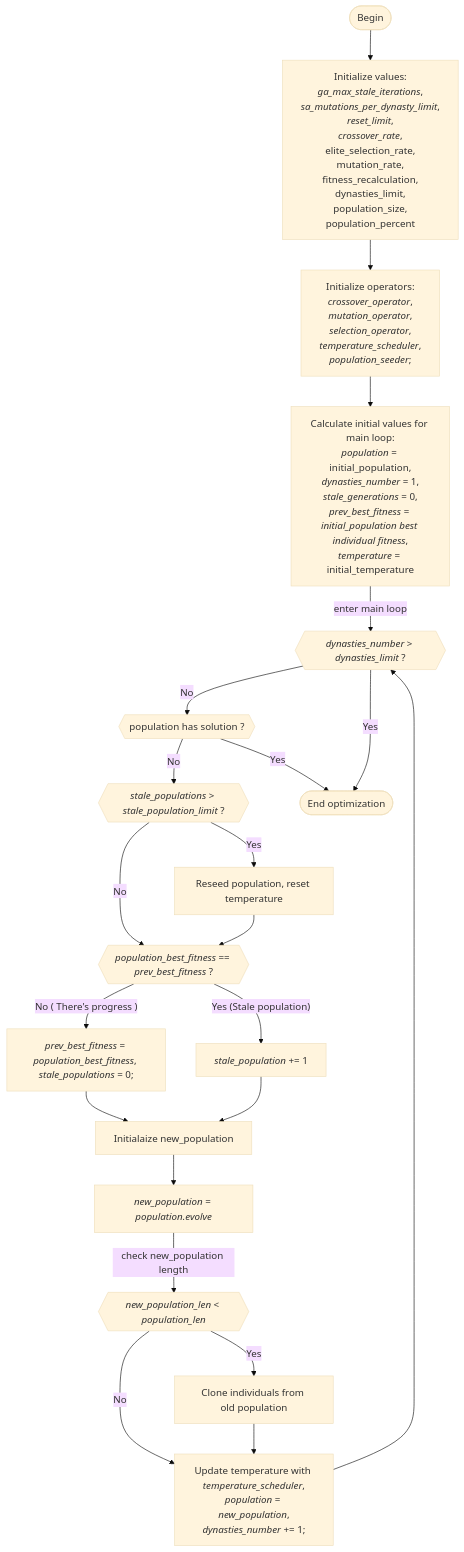
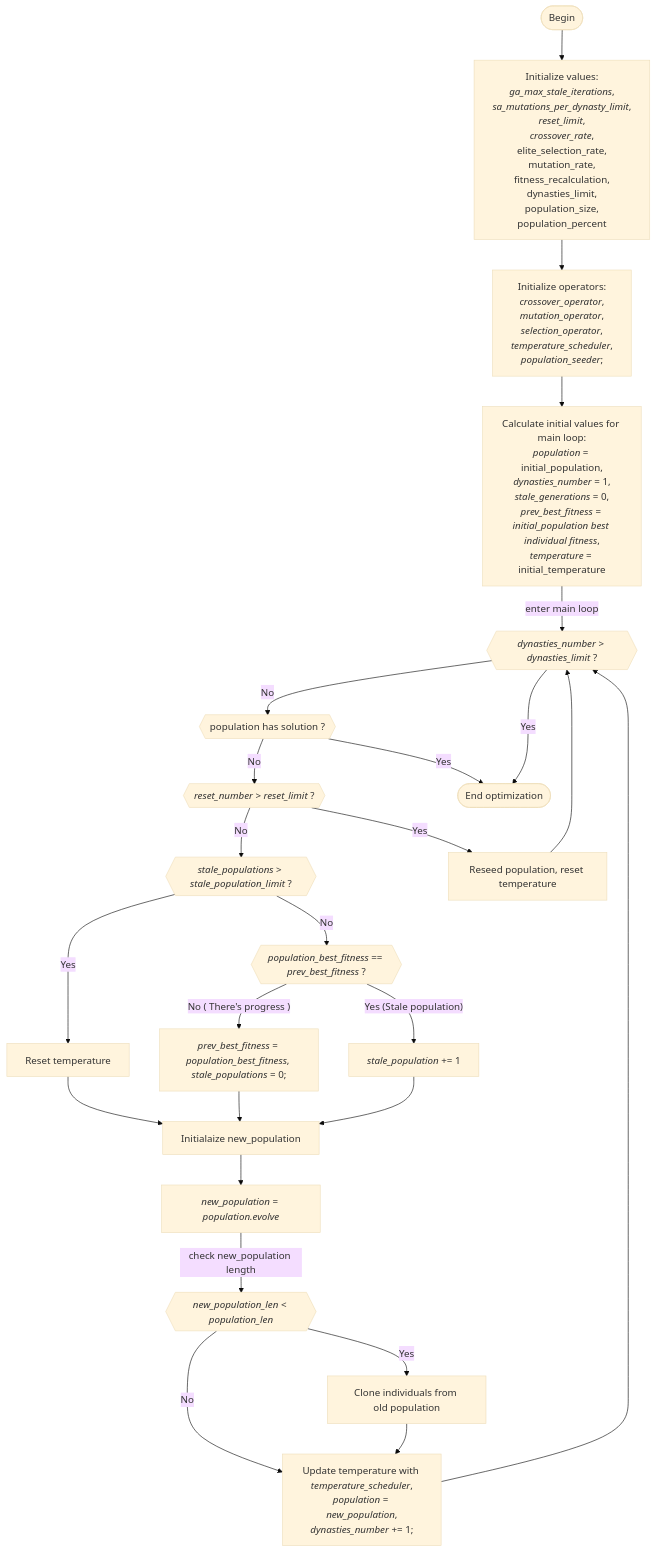
Before and after one commit to Wandalen/wTools: the diagram in module/move/optimization_tools/src/optimization/diagram.md, drawn with Mermaid (base theme). The commit also changed 4 other files, not shown here.

````diff
--- a/module/move/optimization_tools/src/optimization/diagram.md
+++ b/module/move/optimization_tools/src/optimization/diagram.md
@@ -1,52 +1,55 @@
 ```mermaid
 flowchart TB
     id1([Begin])
     -->
     id2["`Initialize values:
       *ga_max_stale_iterations*,
       *sa_mutations_per_dynasty_limit*,
       *reset_limit*,
       *crossover_rate*,
       elite_selection_rate,
       mutation_rate,
       fitness_recalculation,
       dynasties_limit,
       population_size,
       population_percent`"]
     -->
     id3["`Initialize operators:
       *crossover_operator*,
       *mutation_operator*,
       *selection_operator*,
       *temperature_scheduler*,
       *population_seeder*;`"]
     -->
     id4["`Calculate initial values for main loop:
         *population* = initial_population,
         *dynasties_number* = 1,
         *stale_generations* = 0,
         *prev_best_fitness = initial_population best individual fitness*,
         *temperature* = initial_temperature`"]
     -- enter main loop -->
     id5{{"`*dynasties_number* > *dynasties_limit* ?`"}}
     id5 -->|No| id6{{ population has solution ? }}
-    id6 -->|No| id7{{"`*stale_populations* > *stale_population_limit* ?`"}}
-    id7 -->|No| id8{{"`*population_best_fitness* == *prev_best_fitness* ?`"}}
-    id7 -->|Yes| id9[ Reseed population, reset temperature ]
-    id9 --> id8
-    id8 -->|"No ( There's progress ) "| id10["`*prev_best_fitness* = *population_best_fitness*, *stale_populations* = 0;`"]
-    id8 -->|"Yes (Stale population) "| id11["`*stale_population* += 1`"]
-    id10 --> id12[ Initialaize new_population ]
+    id6 -->|No| id17{{"`*reset_number* > *reset_limit* ?`"}}
+    id17 -->|No| id8{{"`*stale_populations* > *stale_population_limit* ?`"}}
+    id17 -->|Yes| id9[ Reseed population, reset temperature ]
+    id8 -->|No| id18{{"`*population_best_fitness* == *prev_best_fitness* ?`"}}
+    id8 -->|Yes| id19[ Reset temperature ]
+    id19 --> id12[ Initialaize new_population ]
+    id18 -->|"No ( There's progress ) "| id10["`*prev_best_fitness* = *population_best_fitness*, *stale_populations* = 0;`"]
+    id18 -->|"Yes (Stale population) "| id11["`*stale_population* += 1`"]
+    id10 --> id12
     id11 --> id12
     id12 --> id13["`*new_population* = *population.evolve*`"]
     id13 -->|check new_population length| id14{{"`*new_population_len* < *population_len*`"}}
     id14 -->|Yes| id15[ Clone individuals from old population ]
     id14 -->|No| id16["`Update temperature with *temperature_scheduler*,
                     *population* = *new_population*,
                     *dynasties_number* += 1;`"]
     id15 --> id16
     id16 --> id5
+    id9 --> id5
     id6 -->|Yes| id20([End optimization])
     id5 -->|Yes| id20
 
 ```
````
